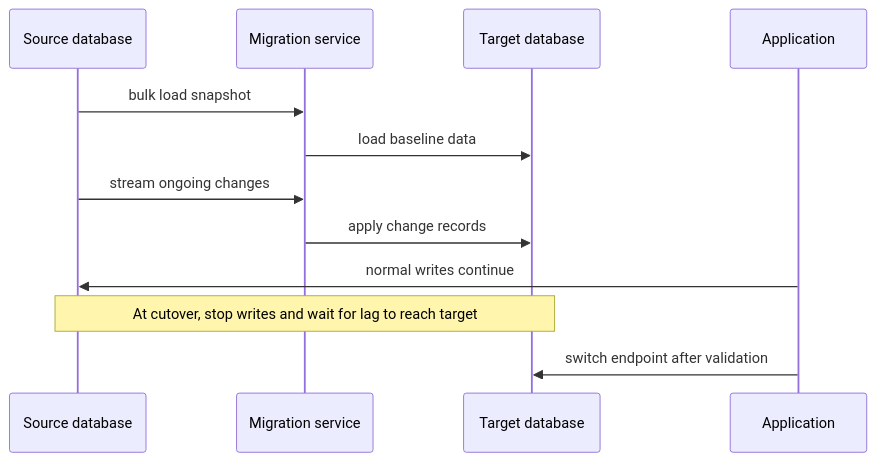
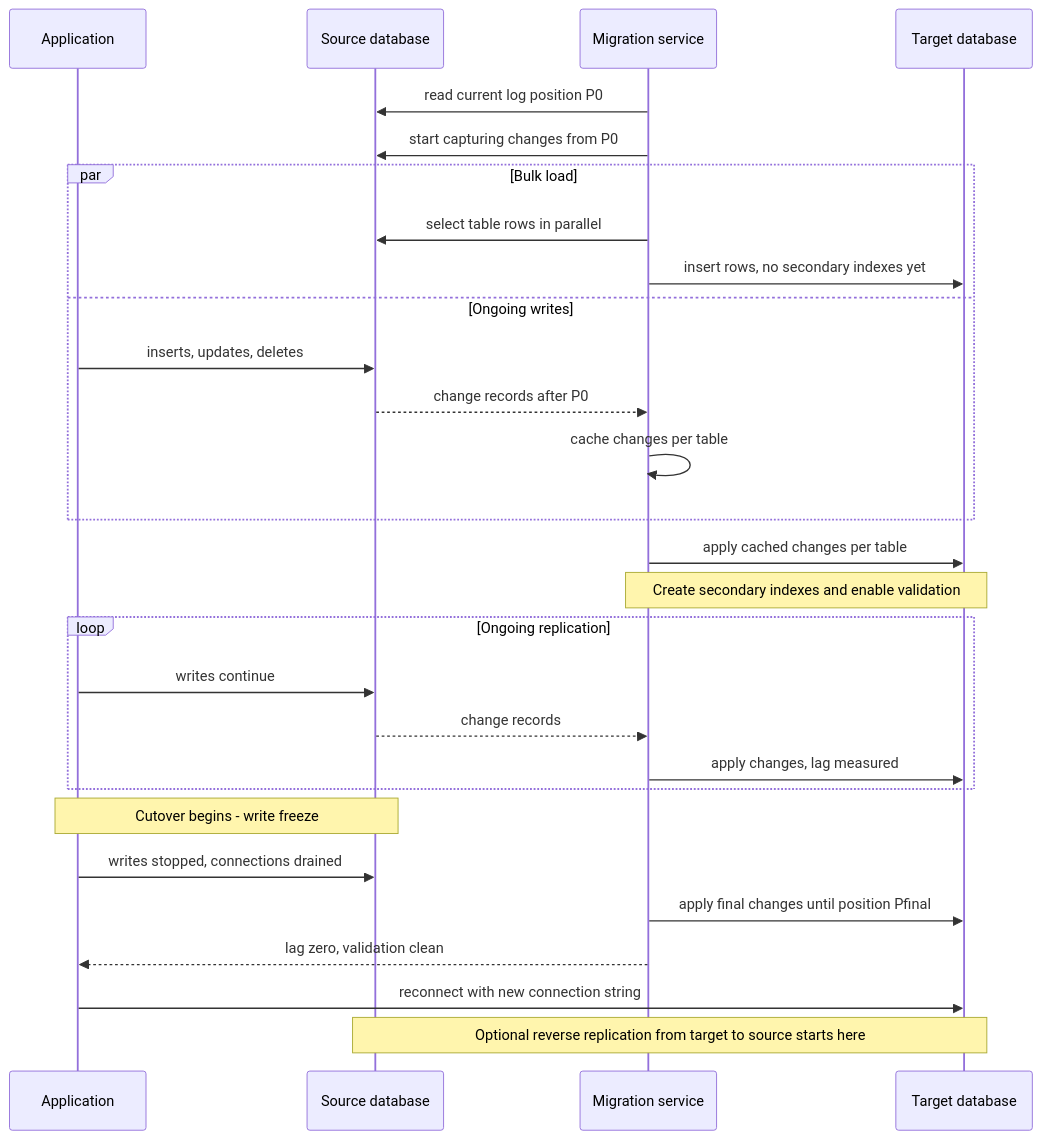
One commit to joydasss/Architect changed the fourth of 10 diagrams in 09_Cloud_Computing/CH16_Cloud_Migration.md. Above: the diagram before and after it, drawn with Mermaid. The commit also changed other lines of this file and 295 other files, not shown here.

````diff
--- a/09_Cloud_Computing/CH16_Cloud_Migration.md
+++ b/09_Cloud_Computing/CH16_Cloud_Migration.md
@@ -80,14 +413,30 @@
 ```mermaid
 sequenceDiagram
-    participant Source as Source database
-    participant Tool as Migration service
-    participant Target as Target database
     participant App as Application
-    Source->>Tool: bulk load snapshot
-    Tool->>Target: load baseline data
-    Source->>Tool: stream ongoing changes
-    Tool->>Target: apply change records
-    App->>Source: normal writes continue
-    Note over Source,Target: At cutover, stop writes and wait for lag to reach target
-    App->>Target: switch endpoint after validation
+    participant Src as Source database
+    participant Svc as Migration service
+    participant Tgt as Target database
+    Svc->>Src: read current log position P0
+    Svc->>Src: start capturing changes from P0
+    par Bulk load
+        Svc->>Src: select table rows in parallel
+        Svc->>Tgt: insert rows, no secondary indexes yet
+    and Ongoing writes
+        App->>Src: inserts, updates, deletes
+        Src-->>Svc: change records after P0
+        Svc->>Svc: cache changes per table
+    end
+    Svc->>Tgt: apply cached changes per table
+    Note over Svc,Tgt: Create secondary indexes and enable validation
+    loop Ongoing replication
+        App->>Src: writes continue
+        Src-->>Svc: change records
+        Svc->>Tgt: apply changes, lag measured
+    end
+    Note over App,Src: Cutover begins - write freeze
+    App->>Src: writes stopped, connections drained
+    Svc->>Tgt: apply final changes until position Pfinal
+    Svc-->>App: lag zero, validation clean
+    App->>Tgt: reconnect with new connection string
+    Note over Src,Tgt: Optional reverse replication from target to source starts here
 ```
````
